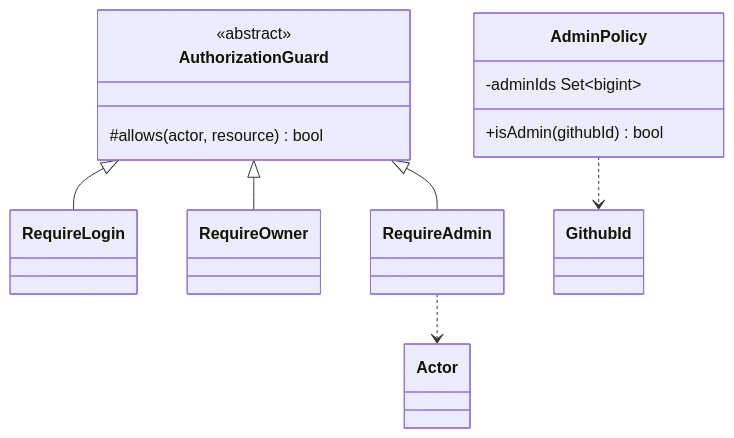
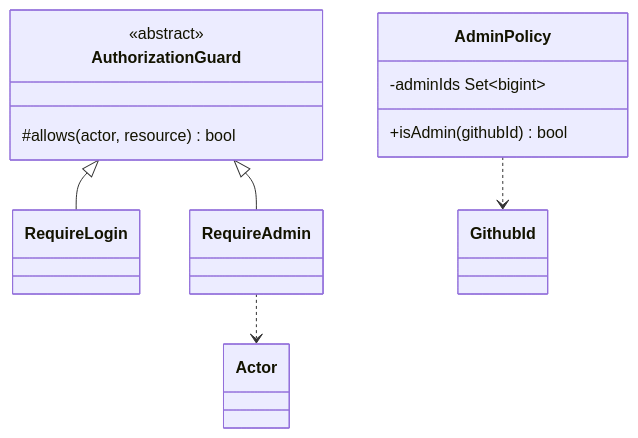
Diagram 32 of 37 in docs/design/features/10-identity.md (1985jwlee/portpolio_backend), drawn with Mermaid before and after one commit. The commit also changed other lines of this file and 33 other files, not shown here.

````diff
--- a/docs/design/features/10-identity.md
+++ b/docs/design/features/10-identity.md
@@ -1178,19 +1182,17 @@
 ```mermaid
 classDiagram
     class AdminPolicy {
         -adminIds Set~bigint~
         +isAdmin(githubId) bool
     }
     class AuthorizationGuard {
         <<abstract>>
         #allows(actor, resource) bool
     }
     class RequireLogin
-    class RequireOwner
     class RequireAdmin
     AuthorizationGuard <|-- RequireLogin
-    AuthorizationGuard <|-- RequireOwner
     AuthorizationGuard <|-- RequireAdmin
     RequireAdmin ..> Actor
     AdminPolicy ..> GithubId
 ```
````
